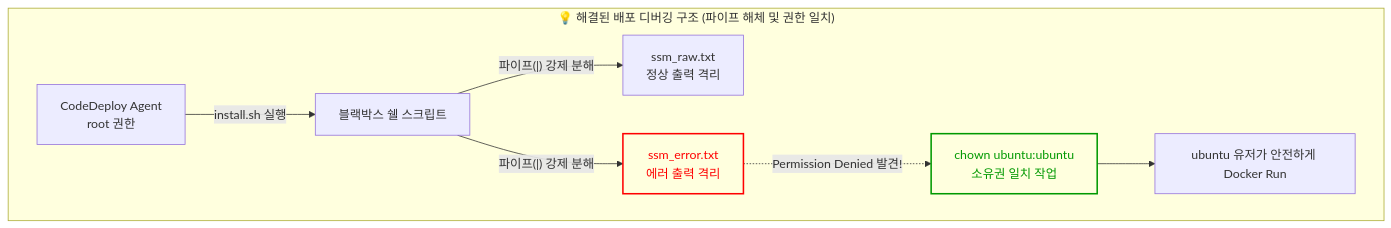
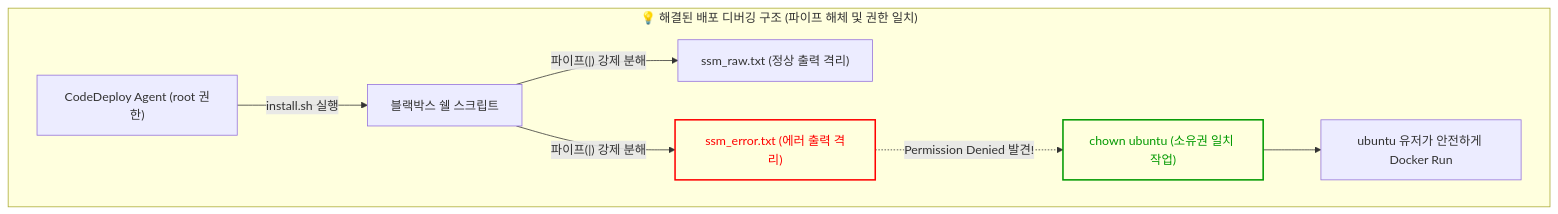
The diagram in _posts/2026-07-08-SRE-Troubleshooting-Part3-CICD-CodeDeploy.md (duwnstj/duwnstj.github.io), drawn with Mermaid before and after one commit.

Commit message:
fix: 3편 Mermaid 다이어그램 렌더링 문법 오류 수정 (<br> 태그 제거 및 따옴표 추가)

````diff
--- a/_posts/2026-07-08-SRE-Troubleshooting-Part3-CICD-CodeDeploy.md
+++ b/_posts/2026-07-08-SRE-Troubleshooting-Part3-CICD-CodeDeploy.md
@@ -62,12 +62,12 @@
 ```mermaid
 graph TD
     subgraph "💡 해결된 배포 디버깅 구조 (파이프 해체 및 권한 일치)"
-        Agent[CodeDeploy Agent<br>root 권한] -- "install.sh 실행" --> Shell[블랙박스 쉘 스크립트]
-        Shell -- "파이프(|) 강제 분해" --> Raw[ssm_raw.txt<br>정상 출력 격리]
-        Shell -- "파이프(|) 강제 분해" --> Err[ssm_error.txt<br>에러 출력 격리]
-        Err -. "Permission Denied 발견!" .-> Chown[chown ubuntu:ubuntu<br>소유권 일치 작업]
-        Chown --> Docker[ubuntu 유저가 안전하게 Docker Run]
+        Agent["CodeDeploy Agent (root 권한)"] -- "install.sh 실행" --> Shell["블랙박스 쉘 스크립트"]
+        Shell -- "파이프(|) 강제 분해" --> Raw["ssm_raw.txt (정상 출력 격리)"]
+        Shell -- "파이프(|) 강제 분해" --> Err["ssm_error.txt (에러 출력 격리)"]
+        Err -. "Permission Denied 발견!" .-> Chown["chown ubuntu (소유권 일치 작업)"]
+        Chown --> Docker["ubuntu 유저가 안전하게 Docker Run"]
     end
     style Err fill:none,stroke:#ff0000,stroke-width:2px,color:#ff0000
     style Chown fill:none,stroke:#009900,stroke-width:2px,color:#009900
 ```
````
